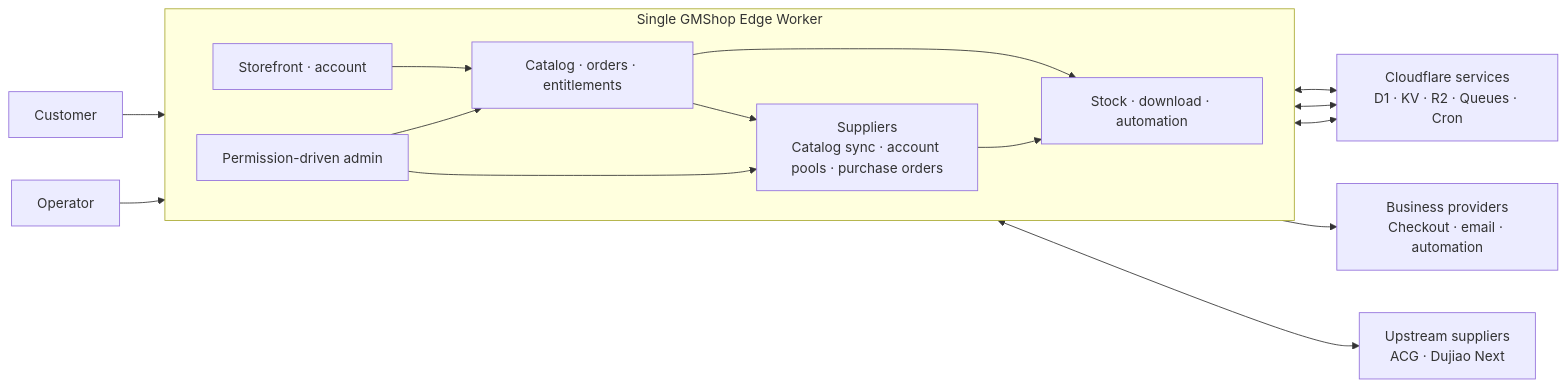
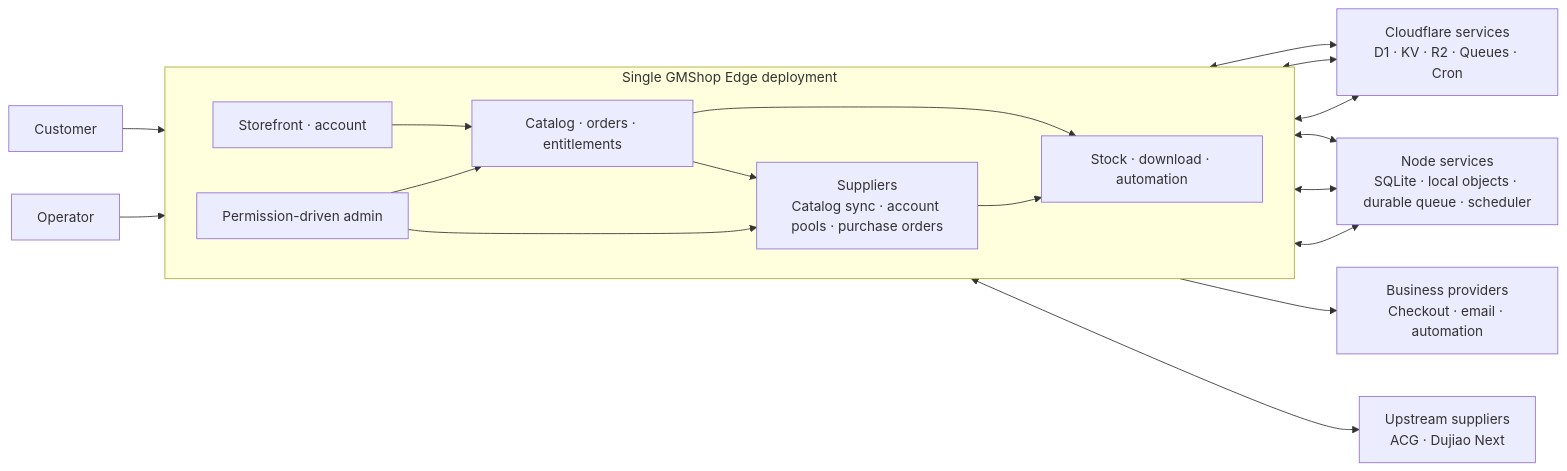
One commit to FuaerCN/gmshop-edge changed the diagram in README.md. Above: the diagram before and after it, drawn with Mermaid. The commit also changed other lines of this file and 6 other files, not shown here.

````diff
--- a/README.md
+++ b/README.md
@@ -77,33 +78,37 @@
 ```mermaid
 flowchart LR
     Customer["Customer"]
     Operator["Operator"]
 
-    subgraph Worker["Single GMShop Edge Worker"]
+    subgraph Runtime["Single GMShop Edge deployment"]
         direction LR
         Storefront["Storefront · account"]
         Admin["Permission-driven admin"]
         Commerce["Catalog · orders · entitlements"]
         Suppliers["Suppliers<br/>Catalog sync · account pools · purchase orders"]
         Delivery["Stock · download · automation"]
 
         Storefront --> Commerce
         Admin --> Commerce
         Admin --> Suppliers
         Commerce --> Delivery
         Commerce --> Suppliers
         Suppliers --> Delivery
     end
 
     Cloudflare["Cloudflare services<br/>D1 · KV · R2 · Queues · Cron"]
+    Node["Node services<br/>SQLite · local objects · durable queue · scheduler"]
     Providers["Business providers<br/>Checkout · email · automation"]
     Upstreams["Upstream suppliers<br/>ACG · Dujiao Next"]
 
     Customer --> Storefront
     Operator --> Admin
     Commerce <--> Cloudflare
     Suppliers <--> Cloudflare
     Delivery <--> Cloudflare
+    Commerce <--> Node
+    Suppliers <--> Node
+    Delivery <--> Node
     Delivery --> Providers
     Suppliers <--> Upstreams
 ```
````
